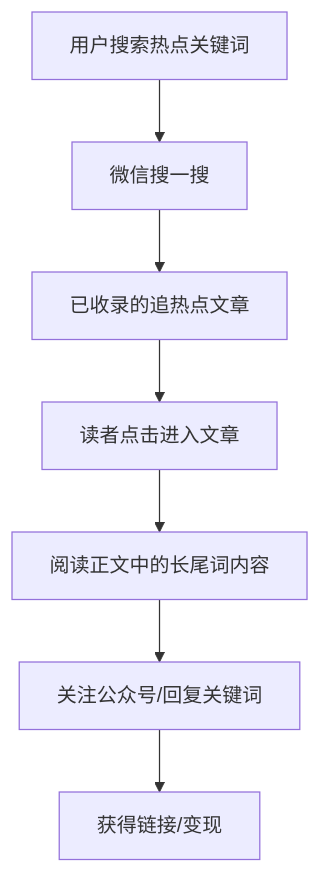
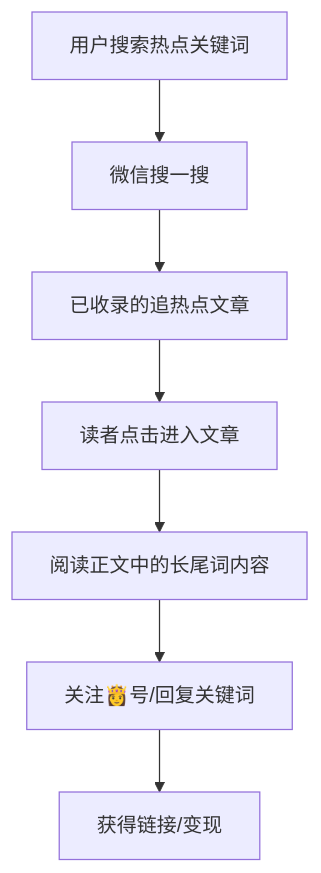
Before and after one commit to OpenDocCN1/flygon-zhuanqian-zhoubao: the second of 2 diagrams in docs/202301-02_paper2textbook/asset/body_e92183ebbe3854ef0314baec6f76eb3a_8912de1325af88d2f56feb67fe611bf7_7700dd093175285cf599b17b27799358_8f14e45fceea167a5a36dedd4bea2543.md, drawn with Mermaid. The commit also changed other lines of this file and 6688 other files, not shown here.

````diff
--- a/docs/202301-02_paper2textbook/asset/body_e92183ebbe3854ef0314baec6f76eb3a_8912de1325af88d2f56feb67fe611bf7_7700dd093175285cf599b17b27799358_8f14e45fceea167a5a36dedd4bea2543.md
+++ b/docs/202301-02_paper2textbook/asset/body_e92183ebbe3854ef0314baec6f76eb3a_8912de1325af88d2f56feb67fe611bf7_7700dd093175285cf599b17b27799358_8f14e45fceea167a5a36dedd4bea2543.md
@@ -156,9 +156,9 @@
 ```mermaid
 graph TD
     A[用户搜索热点关键词] --> B[微信搜一搜]
     B --> C[已收录的追热点文章]
     C --> D[读者点击进入文章]
     D --> E[阅读正文中的长尾词内容]
-    E --> F[关注公众号/回复关键词]
+    E --> F[关注👸号/回复关键词]
     F --> G[获得链接/变现]
 ```
````
